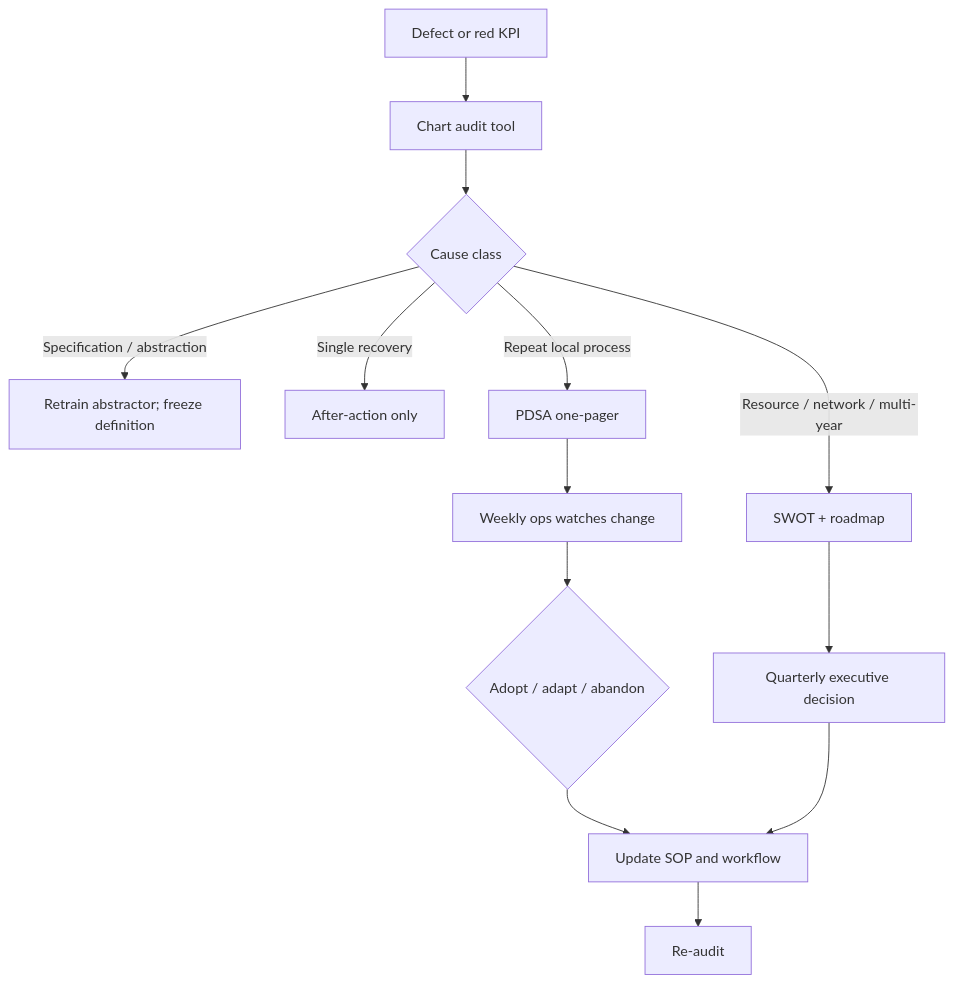
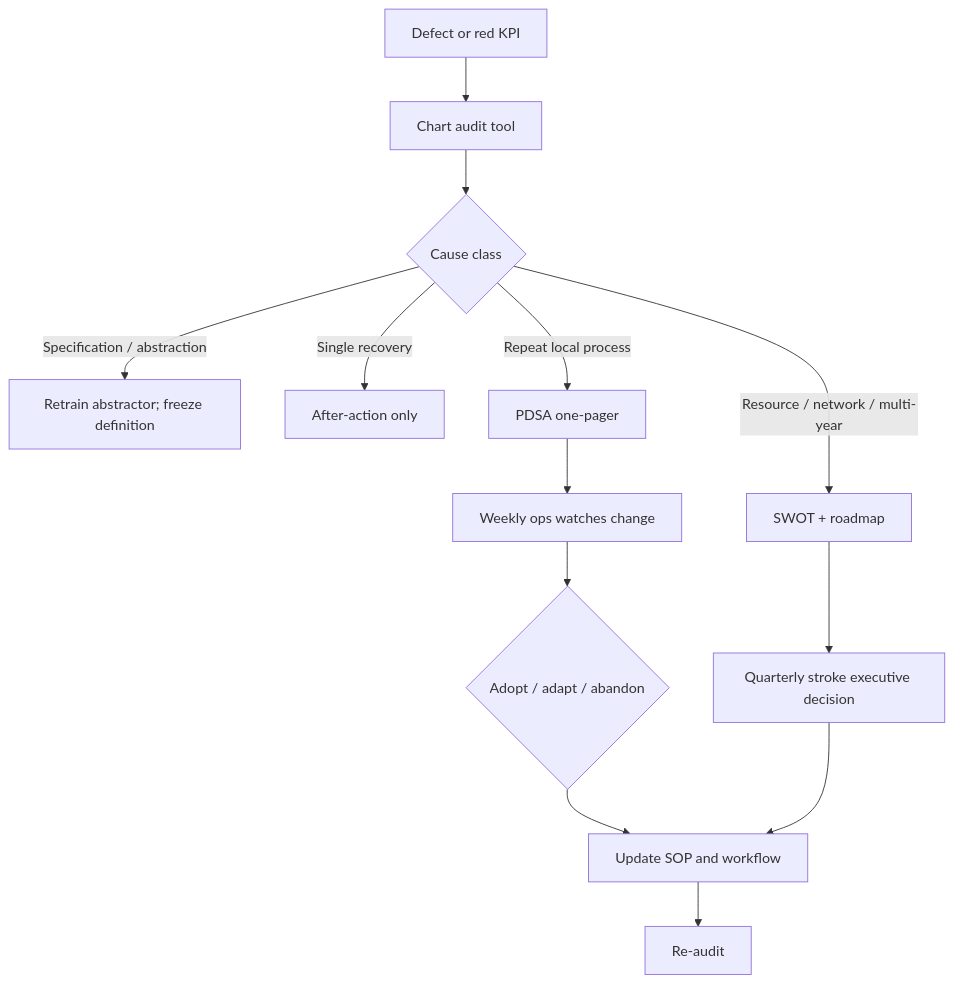
One commit to rkalani1/CSC changed the first of 5 diagrams in docs/playbooks/41-audits-pdsa-roadmaps.md. Above: the diagram before and after it, drawn with Mermaid. The commit also changed other lines of this file and 62 other files, not shown here.

````diff
--- a/docs/playbooks/41-audits-pdsa-roadmaps.md
+++ b/docs/playbooks/41-audits-pdsa-roadmaps.md
@@ -43,15 +43,15 @@
 ```mermaid
 flowchart TD
     A["Defect or red KPI"] --> B["Chart audit tool"]
     B --> C{"Cause class"}
     C -->|"Specification / abstraction"| D["Retrain abstractor; freeze definition"]
     C -->|"Single recovery"| E["After-action only"]
     C -->|"Repeat local process"| F["PDSA one-pager"]
     C -->|"Resource / network / multi-year"| G["SWOT + roadmap"]
     F --> H["Weekly ops watches change"]
     H --> I{"Adopt / adapt / abandon"}
     I --> J["Update SOP and workflow"]
-    G --> K["Quarterly executive decision"]
+    G --> K["Quarterly stroke executive decision"]
     K --> J
     J --> L["Re-audit"]
 ```
````
